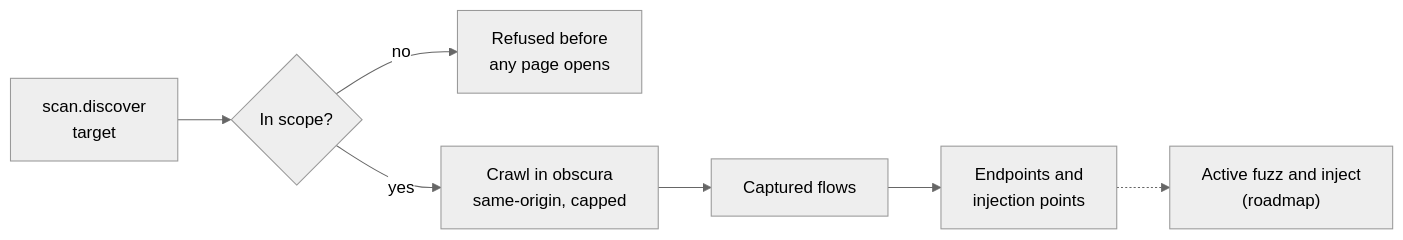
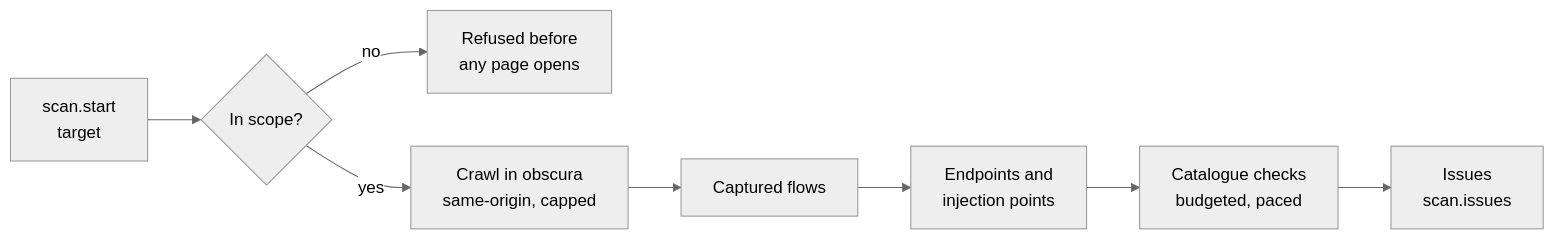
One commit to mrbrutti/aitmproxy changed the third of 4 diagrams in README.md. Above: the diagram before and after it, drawn with Mermaid. The commit also changed other lines of this file and 7 other files, not shown here.

````diff
--- a/README.md
+++ b/README.md
@@ -307,10 +306,11 @@
 ```mermaid
 %%{init: {"theme": "neutral"}}%%
 flowchart LR
-    target["scan.discover<br/>target"] --> gate{"In scope?"}
+    target["scan.start<br/>target"] --> gate{"In scope?"}
     gate -- no --> refused["Refused before<br/>any page opens"]
     gate -- yes --> crawl["Crawl in obscura<br/>same-origin, capped"]
     crawl --> flows["Captured flows"]
     flows --> points["Endpoints and<br/>injection points"]
-    points -.-> active["Active fuzz and inject<br/>(roadmap)"]
+    points --> checks["Catalogue checks<br/>budgeted, paced"]
+    checks --> issues["Issues<br/>scan.issues"]
 ```
````
